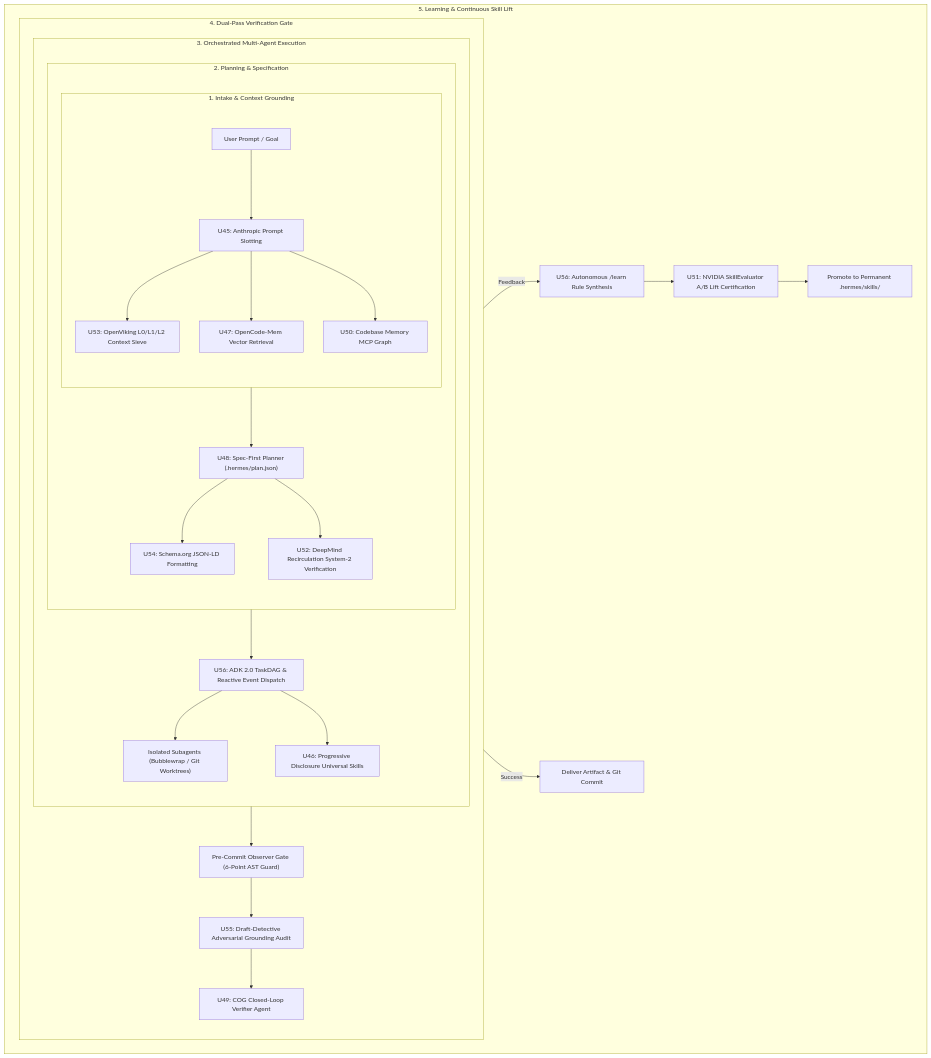
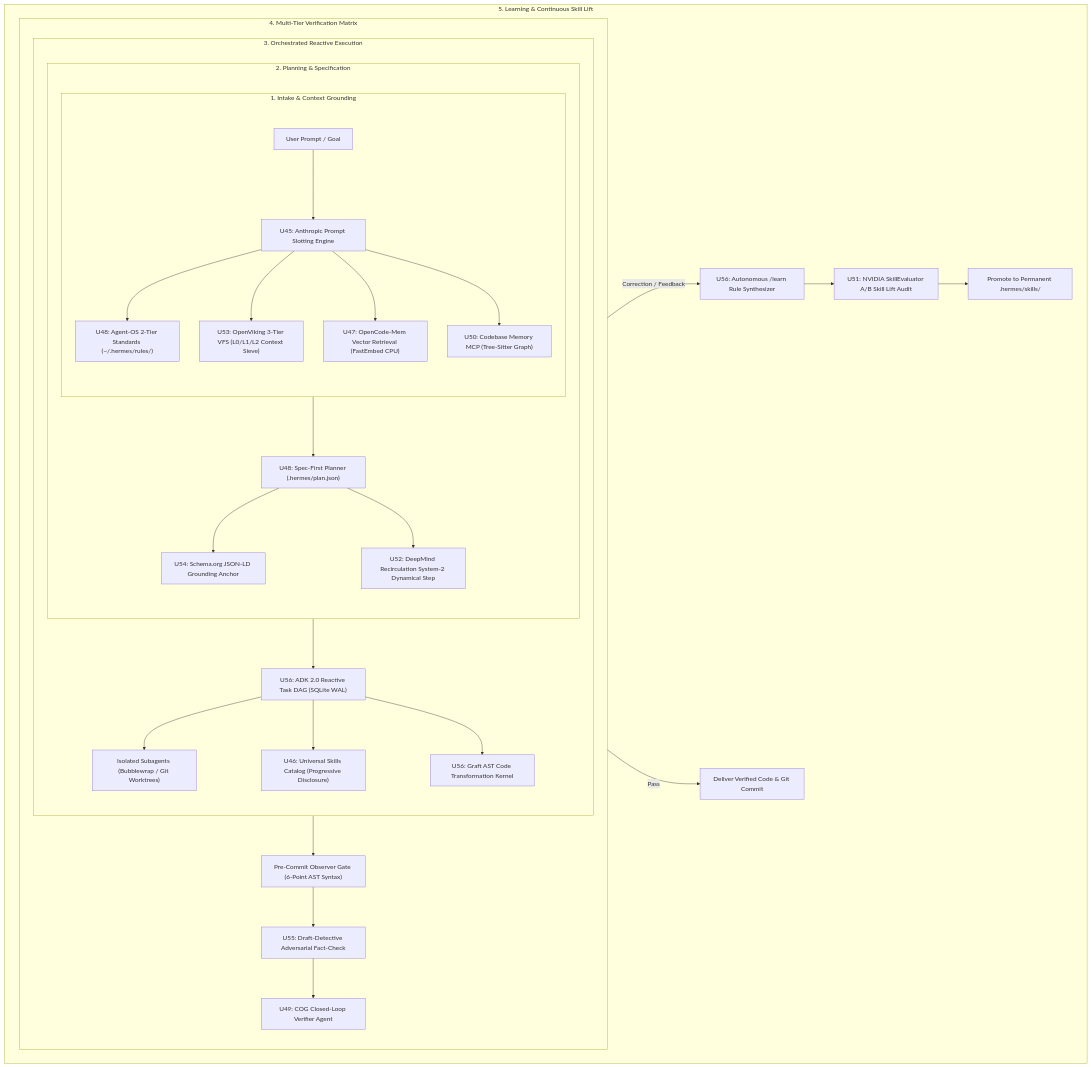
One commit to imshubhamsocial/dotfiles-hermes changed the diagram in docs/roadmaps/active/roadmap4_frontier_cognitive_os.md. Above: the diagram before and after it, drawn with Mermaid. The commit also changed other lines of this file and 1 other file, not shown here.

Commit message:
refactor(roadmap4): consolidate to single authoritative roadmap4_frontier_cognitive_os.md in active roadmaps

````diff
--- a/docs/roadmaps/active/roadmap4_frontier_cognitive_os.md
+++ b/docs/roadmaps/active/roadmap4_frontier_cognitive_os.md
@@ -75,34 +27,36 @@
 ```mermaid
 flowchart TD
     subgraph INTAKE ["1. Intake & Context Grounding"]
-        USER["User Prompt / Goal"] --> SLOT["U45: Anthropic Prompt Slotting"]
-        SLOT --> VFS["U53: OpenViking L0/L1/L2 Context Sieve"]
-        SLOT --> MEM["U47: OpenCode-Mem Vector Retrieval"]
-        SLOT --> MCP["U50: Codebase Memory MCP Graph"]
+        USER["User Prompt / Goal"] --> SLOT["U45: Anthropic Prompt Slotting Engine"]
+        SLOT --> RULES["U48: Agent-OS 2-Tier Standards (~/.hermes/rules/)"]
+        SLOT --> VFS["U53: OpenViking 3-Tier VFS (L0/L1/L2 Context Sieve)"]
+        SLOT --> MEM["U47: OpenCode-Mem Vector Retrieval (FastEmbed CPU)"]
+        SLOT --> MCP["U50: Codebase Memory MCP (Tree-Sitter Graph)"]
     end
 
     subgraph PLANNING ["2. Planning & Specification"]
         INTAKE --> SPEC["U48: Spec-First Planner (.hermes/plan.json)"]
-        SPEC --> SCHEMA["U54: Schema.org JSON-LD Formatting"]
-        SPEC --> RECUR["U52: DeepMind Recirculation System-2 Verification"]
+        SPEC --> SCHEMA["U54: Schema.org JSON-LD Grounding Anchor"]
+        SPEC --> RECUR["U52: DeepMind Recirculation System-2 Dynamical Step"]
     end
 
-    subgraph EXECUTION ["3. Orchestrated Multi-Agent Execution"]
-        PLANNING --> DAG["U56: ADK 2.0 TaskDAG & Reactive Event Dispatch"]
-        DAG --> WORKER["Isolated Subagents (Bubblewrap / Git Worktrees)"]
-        DAG --> SKILLS["U46: Progressive Disclosure Universal Skills"]
+    subgraph EXECUTION ["3. Orchestrated Reactive Execution"]
+        PLANNING --> DAG["U56: ADK 2.0 Reactive Task DAG (SQLite WAL)"]
+        DAG --> SUBAGENTS["Isolated Subagents (Bubblewrap / Git Worktrees)"]
+        DAG --> SKILLS["U46: Universal Skills Catalog (Progressive Disclosure)"]
+        DAG --> GRAFT["U56: Graft AST Code Transformation Kernel"]
     end
 
-    subgraph VERIFICATION ["4. Dual-Pass Verification Gate"]
-        EXECUTION --> OBS["Pre-Commit Observer Gate (6-Point AST Guard)"]
-        OBS --> DRAFT["U55: Draft-Detective Adversarial Grounding Audit"]
-        DRAFT --> VERIFY["U49: COG Closed-Loop Verifier Agent"]
+    subgraph VERIFICATION ["4. Multi-Tier Verification Matrix"]
+        EXECUTION --> OBS["Pre-Commit Observer Gate (6-Point AST Syntax)"]
+        OBS --> DRAFT["U55: Draft-Detective Adversarial Fact-Check"]
+        DRAFT --> COG["U49: COG Closed-Loop Verifier Agent"]
     end
 
     subgraph EVOLUTION ["5. Learning & Continuous Skill Lift"]
-        VERIFICATION -->|Success| DELIVER["Deliver Artifact & Git Commit"]
-        VERIFICATION -->|Feedback| LEARN["U56: Autonomous /learn Rule Synthesis"]
-        LEARN --> LIFT["U51: NVIDIA SkillEvaluator A/B Lift Certification"]
+        VERIFICATION -->|Pass| DELIVER["Deliver Verified Code & Git Commit"]
+        VERIFICATION -->|Correction / Feedback| LEARN["U56: Autonomous /learn Rule Synthesizer"]
+        LEARN --> LIFT["U51: NVIDIA SkillEvaluator A/B Skill Lift Audit"]
         LIFT --> CATALOG["Promote to Permanent .hermes/skills/"]
     end
 ```
````
